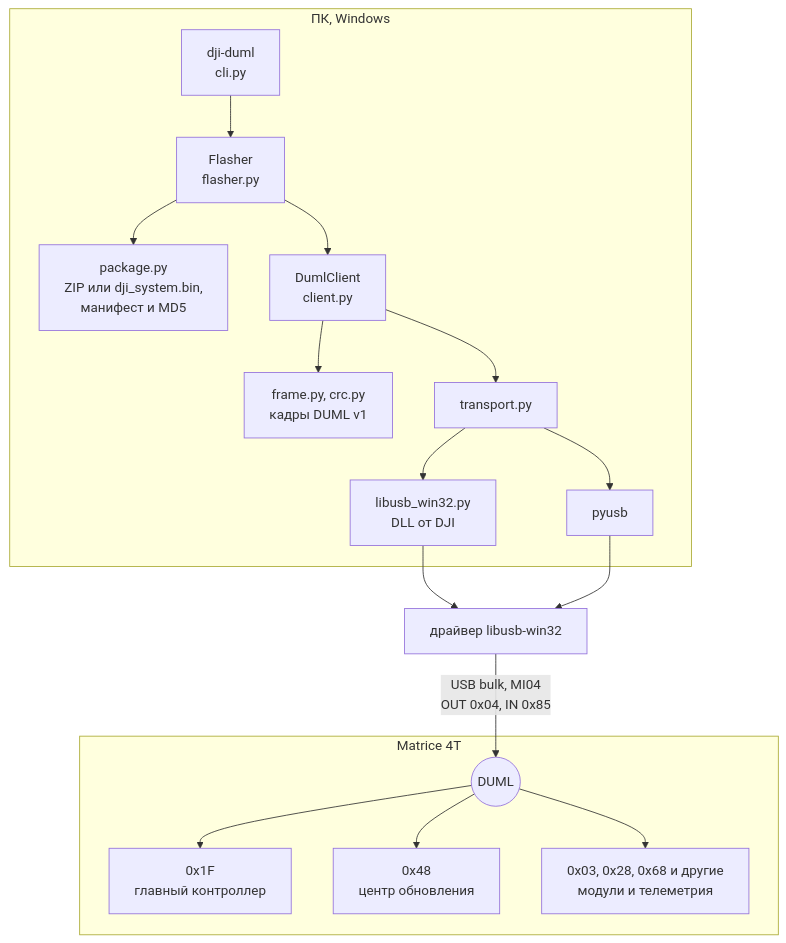
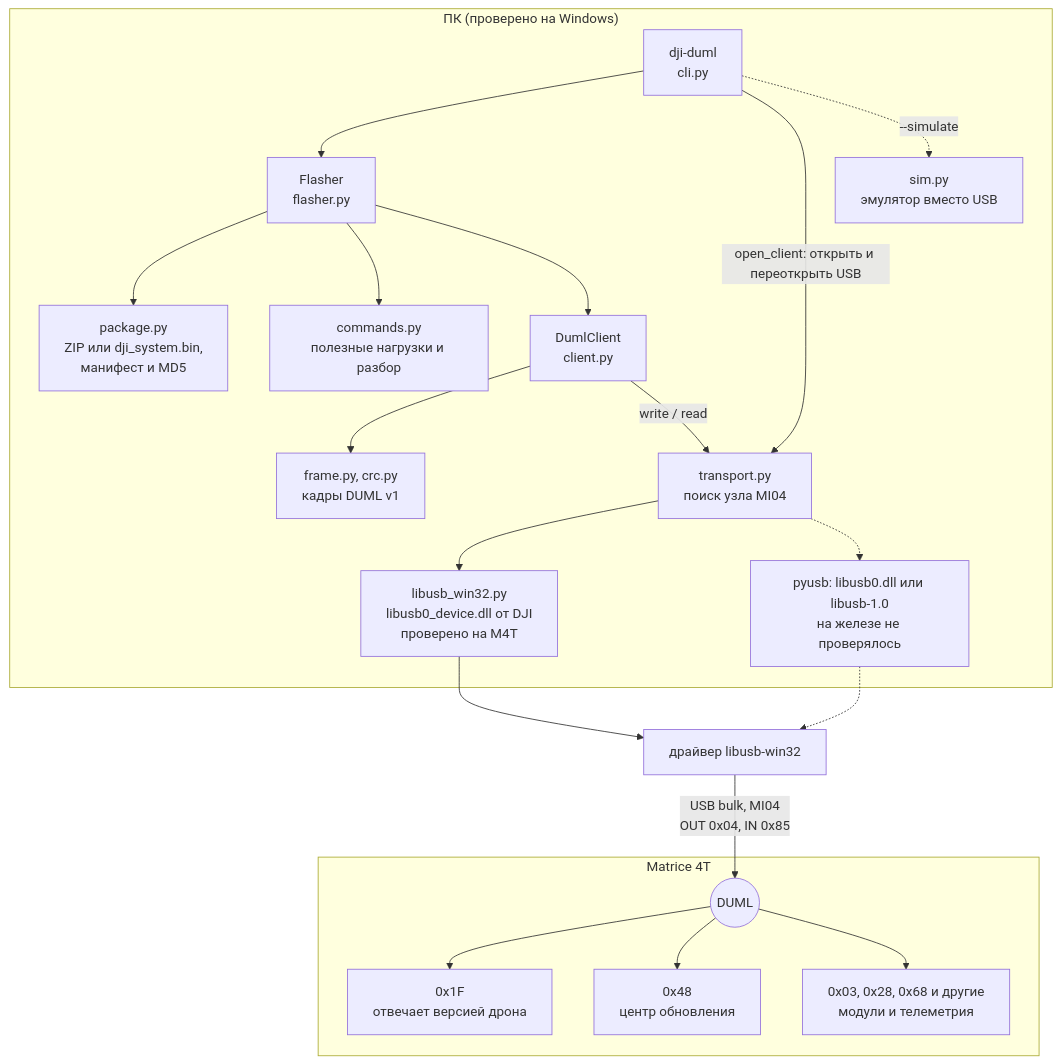
Before and after one commit to kewl-ua/m4_cli_flasher: the first of 2 diagrams in README.md, drawn with Mermaid. The commit also changed other lines of this file and 3 other files, not shown here.

First line of the commit message:
docs: correct the diagrams after a fact check

````diff
--- a/README.md
+++ b/README.md
@@ -89,21 +89,24 @@
 ```mermaid
 flowchart TB
-    subgraph PC["ПК, Windows"]
+    subgraph PC["ПК (проверено на Windows)"]
         CLI["dji-duml<br/>cli.py"] --> FL["Flasher<br/>flasher.py"]
+        CLI -- "open_client: открыть и переоткрыть USB" --> TR["transport.py<br/>поиск узла MI04"]
+        CLI -. "--simulate" .-> SIM["sim.py<br/>эмулятор вместо USB"]
         FL --> PKG["package.py<br/>ZIP или dji_system.bin,<br/>манифест и MD5"]
+        FL --> CMD["commands.py<br/>полезные нагрузки и разбор"]
         FL --> CL["DumlClient<br/>client.py"]
         CL --> FR["frame.py, crc.py<br/>кадры DUML v1"]
-        CL --> TR["transport.py"]
-        TR --> LW["libusb_win32.py<br/>DLL от DJI"]
-        TR --> PU["pyusb"]
+        CL -- "write / read" --> TR
+        TR --> LW["libusb_win32.py<br/>libusb0_device.dll от DJI<br/>проверено на M4T"]
+        TR -.-> PU["pyusb: libusb0.dll или libusb-1.0<br/>на железе не проверялось"]
     end
     LW --> DRV["драйвер libusb-win32"]
-    PU --> DRV
+    PU -.-> DRV
     DRV -- "USB bulk, MI04<br/>OUT 0x04, IN 0x85" --> R
     subgraph DRONE["Matrice 4T"]
         R(("DUML"))
-        R --> FC["0x1F<br/>главный контроллер"]
+        R --> FC["0x1F<br/>отвечает версией дрона"]
         R --> UC["0x48<br/>центр обновления"]
         R --> OT["0x03, 0x28, 0x68 и другие<br/>модули и телеметрия"]
     end
 ```
````
